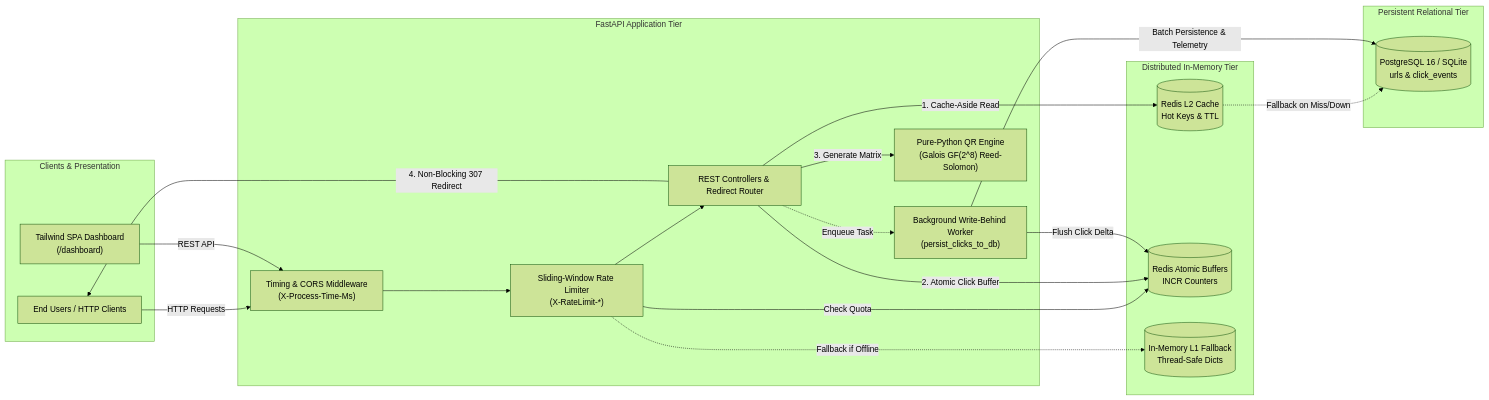
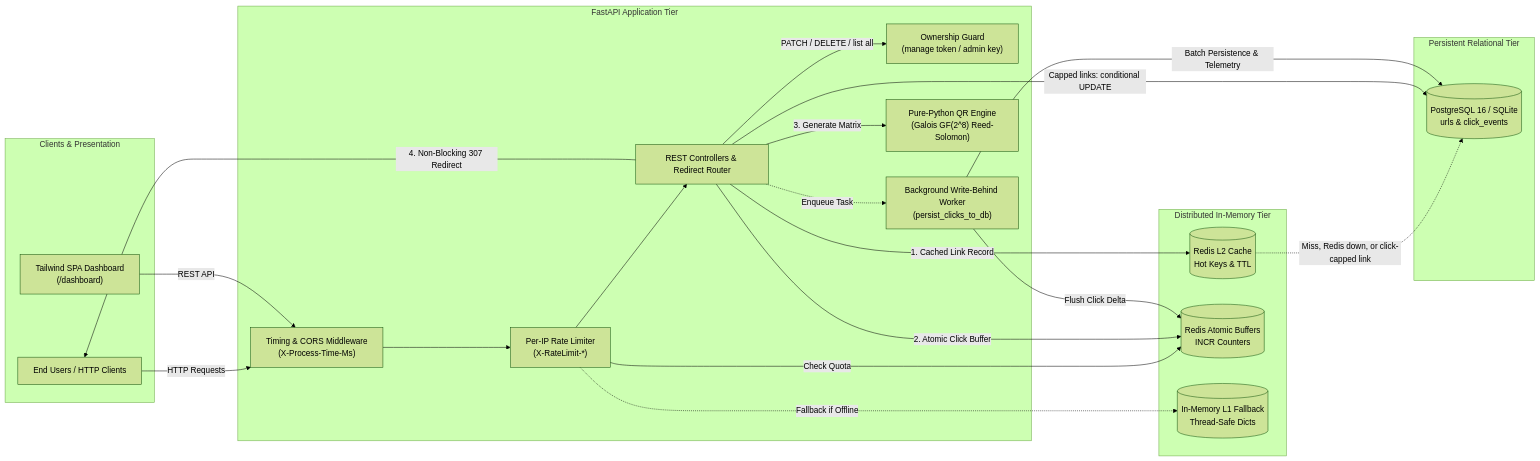
One commit to Adilm8/fastapi-url-shortener changed the diagram in README.md. Above: the diagram before and after it, drawn with Mermaid (forest theme). The commit also changed other lines of this file, not shown here.

First line of the commit message:
docs: document ownership model, Railway deployment, and hardening tests

````diff
--- a/README.md
+++ b/README.md
@@ -39,42 +39,45 @@
 ```mermaid
 flowchart LR
     subgraph Clients["Clients & Presentation"]
         Browser["End Users / HTTP Clients"]
         Dashboard["Tailwind SPA Dashboard<br/>(/dashboard)"]
     end
 
     subgraph Edge["FastAPI Application Tier"]
         Middleware["Timing & CORS Middleware<br/>(X-Process-Time-Ms)"]
-        RateLimiter["Sliding-Window Rate Limiter<br/>(X-RateLimit-*)"]
+        RateLimiter["Per-IP Rate Limiter<br/>(X-RateLimit-*)"]
+        Auth["Ownership Guard<br/>(manage token / admin key)"]
         Router["REST Controllers & Redirect Router"]
         BgWorker["Background Write-Behind Worker<br/>(persist_clicks_to_db)"]
         QREngine["Pure-Python QR Engine<br/>(Galois GF(2^8) Reed-Solomon)"]
     end
 
     subgraph CacheTier["Distributed In-Memory Tier"]
         RedisCache[("Redis L2 Cache<br/>Hot Keys & TTL")]
         RedisCounter[("Redis Atomic Buffers<br/>INCR Counters")]
         MemoryFallback[("In-Memory L1 Fallback<br/>Thread-Safe Dicts")]
     end
 
     subgraph StorageTier["Persistent Relational Tier"]
         PostgresDB[("PostgreSQL 16 / SQLite<br/>urls & click_events")]
     end
 
     Browser -->|HTTP Requests| Middleware
     Dashboard -->|REST API| Middleware
     Middleware --> RateLimiter
     RateLimiter -->|Check Quota| RedisCounter
     RateLimiter -.->|Fallback if Offline| MemoryFallback
     RateLimiter --> Router
+    Router -->|PATCH / DELETE / list all| Auth
 
-    Router -->|1. Cache-Aside Read| RedisCache
-    RedisCache -.->|Fallback on Miss/Down| PostgresDB
+    Router -->|1. Cached Link Record| RedisCache
+    RedisCache -.->|Miss, Redis down, or click-capped link| PostgresDB
+    Router -->|Capped links: conditional UPDATE| PostgresDB
     Router -->|2. Atomic Click Buffer| RedisCounter
     Router -->|3. Generate Matrix| QREngine
     Router -->|4. Non-Blocking 307 Redirect| Browser
 
     Router -.->|Enqueue Task| BgWorker
     BgWorker -->|Flush Click Delta| RedisCounter
     BgWorker -->|Batch Persistence & Telemetry| PostgresDB
 ```
````
